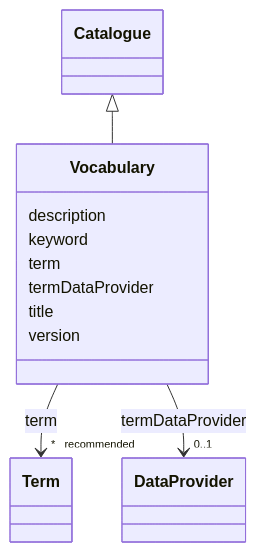
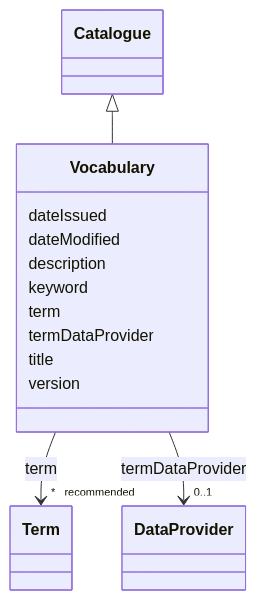
Before and after one commit to EVORA-project/evora-ontology: the diagram in models/docs/Vocabulary.md, drawn with Mermaid. The commit also changed other lines of this file and 377 other files, not shown here.

````diff
--- a/models/docs/Vocabulary.md
+++ b/models/docs/Vocabulary.md
@@ -19,35 +19,39 @@
 ```mermaid
  classDiagram
     class Vocabulary
     click Vocabulary href "../Vocabulary"
       Catalogue <|-- Vocabulary
         click Catalogue href "../Catalogue"
       
+      Vocabulary : dateIssued
+        
+      Vocabulary : dateModified
+        
       Vocabulary : description
         
       Vocabulary : keyword
         
       Vocabulary : term
         
           
     
     
     Vocabulary --> "* _recommended_" Term : term
     click Term href "../Term"
 
         
       Vocabulary : termDataProvider
         
           
     
     
     Vocabulary --> "0..1" DataProvider : termDataProvider
     click DataProvider href "../DataProvider"
 
         
       Vocabulary : title
         
       Vocabulary : version
         
       
 ```
````
